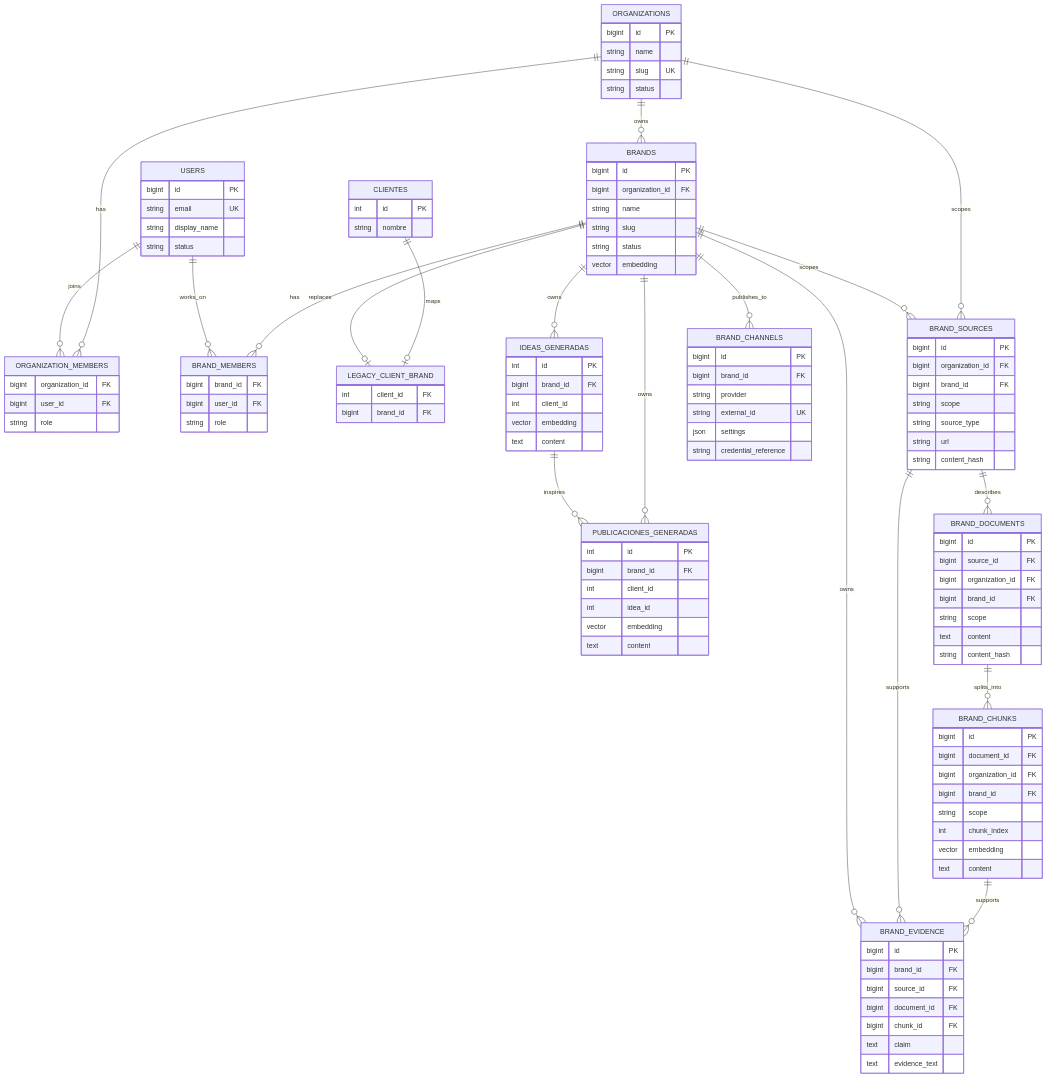
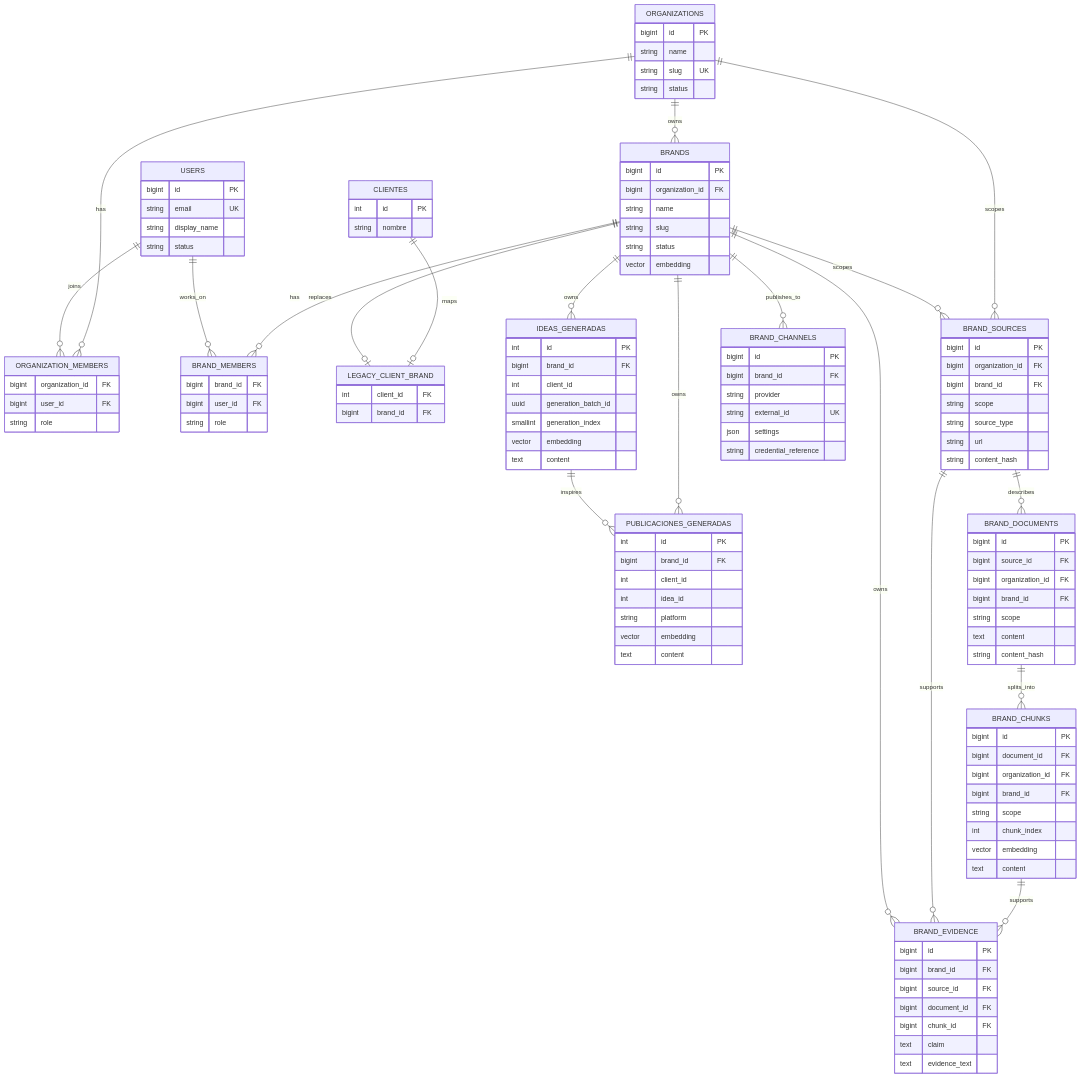
One commit to ITY-sas/mas changed the first of 5 diagrams in docs/DATOS.md. Above: the diagram before and after it, drawn with Mermaid. The commit also changed other lines of this file and 3 other files, not shown here.

```diff
--- a/docs/DATOS.md
+++ b/docs/DATOS.md
@@ -83,6 +83,8 @@
         int id PK
         bigint brand_id FK
         int client_id
+        uuid generation_batch_id
+        smallint generation_index
         vector embedding
         text content
     }
@@ -91,6 +93,7 @@
         bigint brand_id FK
         int client_id
         int idea_id
+        string platform
         vector embedding
         text content
     }
```
